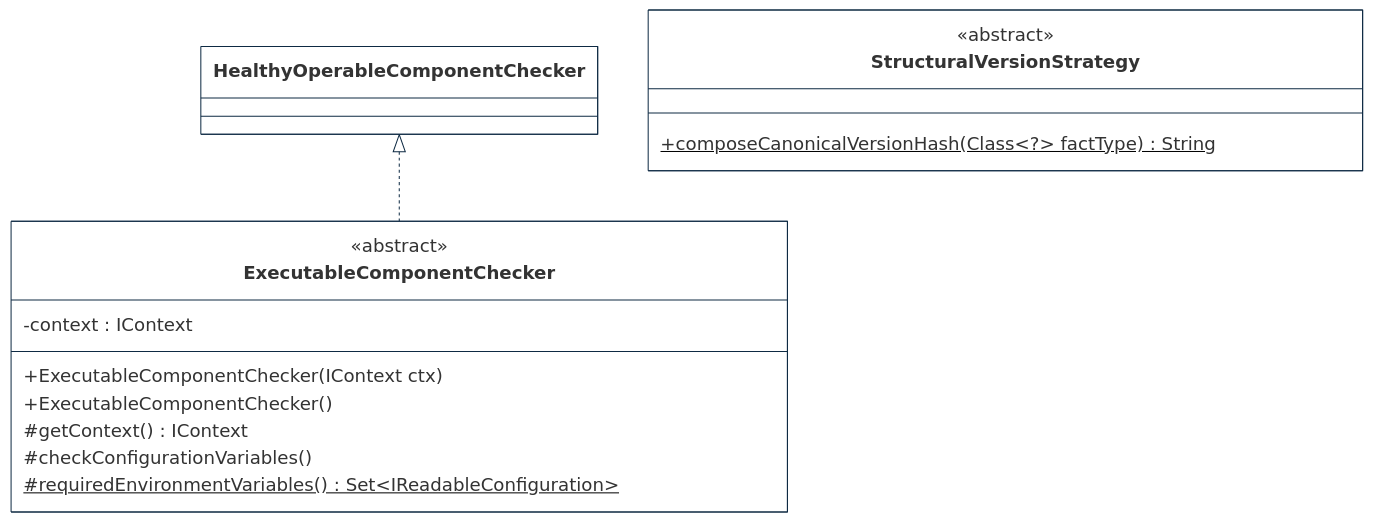
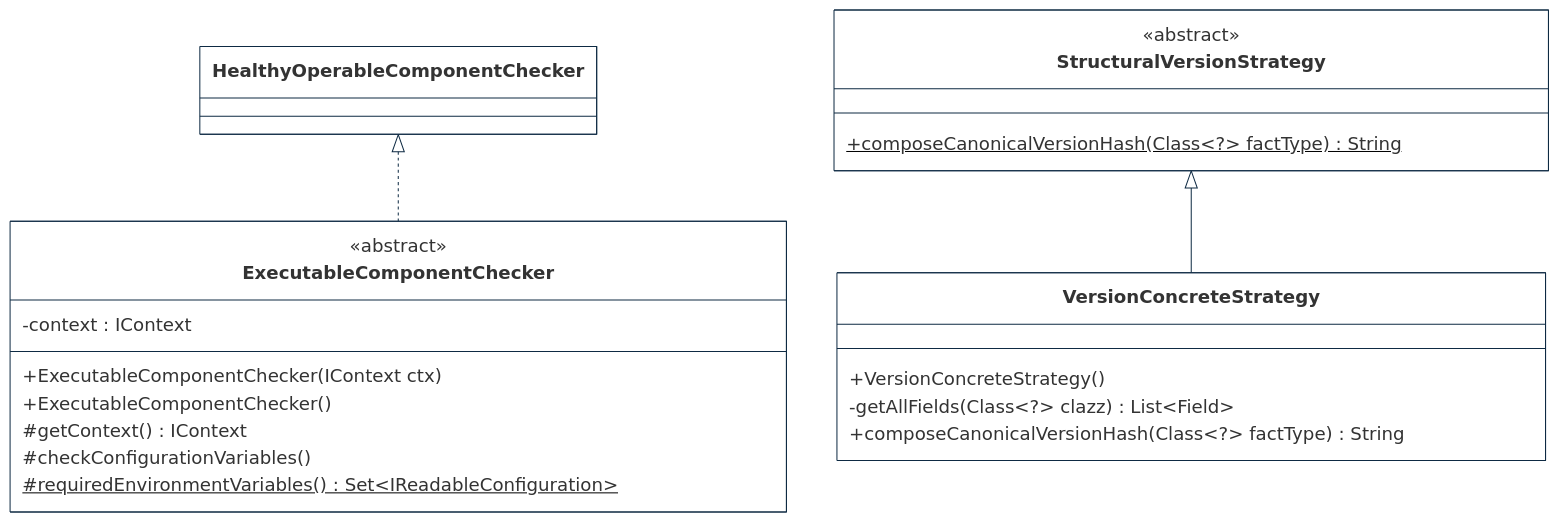
One commit to cybnity/foundation changed the fourth of 4 diagrams in implementations-line/framework/immutable/designview-packages.md. Above: the diagram before and after it, drawn with Mermaid. The commit also changed other lines of this file, not shown here.

````diff
--- a/implementations-line/framework/immutable/designview-packages.md
+++ b/implementations-line/framework/immutable/designview-packages.md
@@ -231,36 +232,42 @@
 ```mermaid
 %%{
   init: {
     'theme': 'base',
     'themeVariables': {
         'background': '#ffffff',
         'fontFamily': 'arial',
         'fontSize': '18px',
         'primaryColor': '#fff',
         'primaryBorderColor': '#0e2a43',
         'secondaryBorderColor': '#0e2a43',
         'tertiaryBorderColor': '#0e2a43',
         'edgeLabelBackground':'#0e2a43',
         'lineColor': '#0e2a43',
         'tertiaryColor': '#fff'
     }
   }
 }%%
 classDiagram
     HealthyOperableComponentChecker <|.. ExecutableComponentChecker
+    StructuralVersionStrategy <|-- VersionConcreteStrategy
 
     class ExecutableComponentChecker {
         <<abstract>>
         -context : IContext
         +ExecutableComponentChecker(IContext ctx)
         +ExecutableComponentChecker()
         #getContext() IContext
         #checkConfigurationVariables()
         #requiredEnvironmentVariables()$ Set~IReadableConfiguration~
     }
     class StructuralVersionStrategy {
         <<abstract>>
         +composeCanonicalVersionHash(Class~?~ factType)$ String
     }
+    class VersionConcreteStrategy {
+        +VersionConcreteStrategy()
+        -getAllFields(Class~?~ clazz) List~Field~
+        +composeCanonicalVersionHash(Class~?~ factType) String
+    }
 
 ```
````
